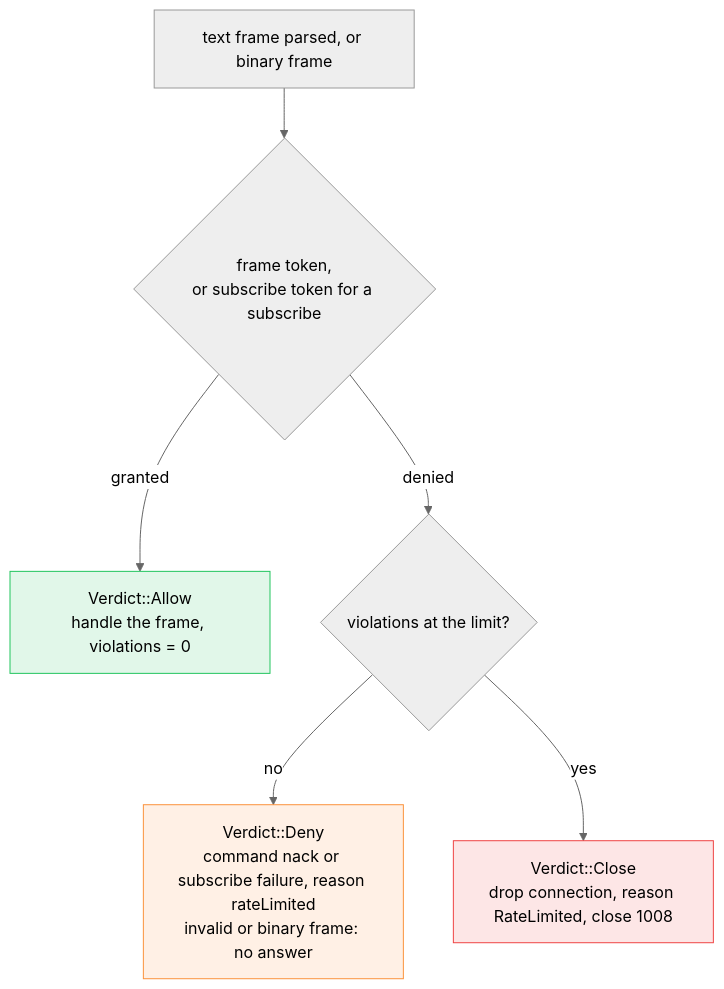
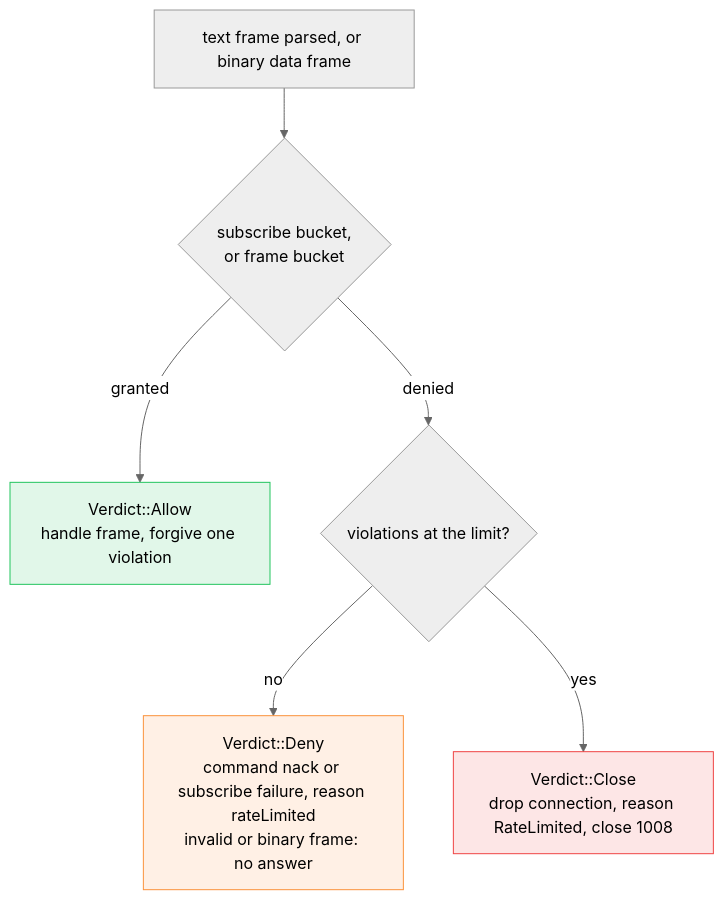
One commit to gzp79/shine-services changed the second of 2 diagrams in docs/services/builder/hub-load-protection.md. Above: the diagram before and after it, drawn with Mermaid (neutral theme). The commit also changed other lines of this file and 5 other files, not shown here.

````diff
--- a/docs/services/builder/hub-load-protection.md
+++ b/docs/services/builder/hub-load-protection.md
@@ -54,12 +60,12 @@
 ```mermaid
 flowchart TD
     classDef green fill:#22c55e22,stroke:#22c55e
     classDef red fill:#ef444422,stroke:#ef4444
     classDef orange fill:#fb923c22,stroke:#fb923c
 
-    P["text frame parsed, or binary frame"] --> T{"frame token,<br/>or subscribe token for a subscribe"}
-    T -- "granted" --> OK["Verdict::Allow<br/>handle the frame, violations = 0"]:::green
+    P["text frame parsed, or binary data frame"] --> T{"subscribe bucket,<br/>or frame bucket"}
+    T -- "granted" --> OK["Verdict::Allow<br/>handle frame, forgive one violation"]:::green
     T -- "denied" --> V{"violations at the limit?"}
     V -- "no" --> N["Verdict::Deny<br/>command nack or subscribe failure, reason rateLimited<br/>invalid or binary frame: no answer"]:::orange
     V -- "yes" --> D["Verdict::Close<br/>drop connection, reason RateLimited, close 1008"]:::red
 ```
````
